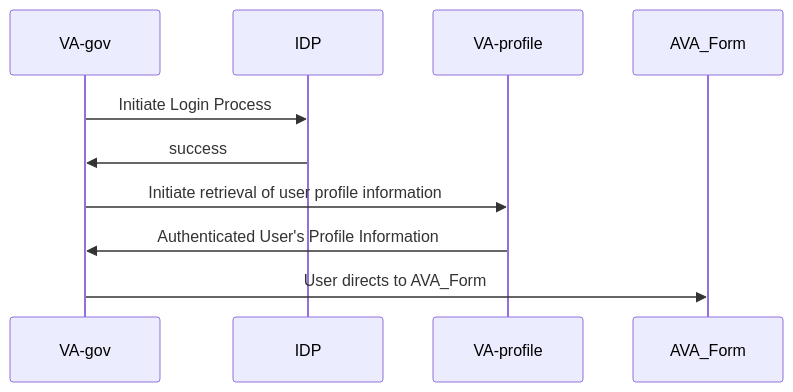
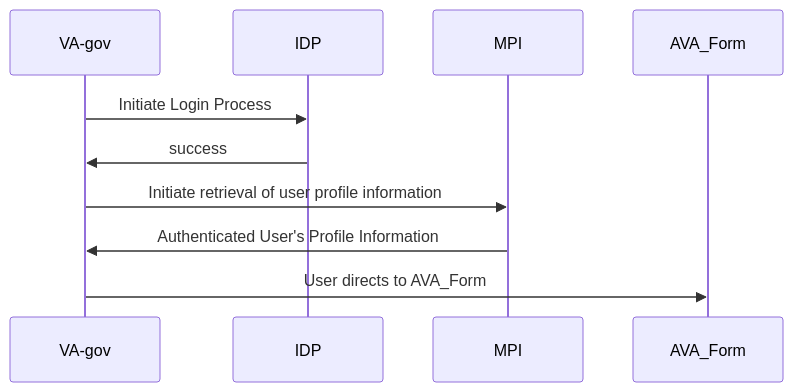
Before and after one commit to department-of-veterans-affairs/va.gov-team: the fourth of 5 diagrams in products/ask-va/integration/va_profile/profile_processes.md, drawn with Mermaid.

````diff
--- a/products/ask-va/integration/va_profile/profile_processes.md
+++ b/products/ask-va/integration/va_profile/profile_processes.md
@@ -106,8 +106,8 @@
 ```mermaid
 sequenceDiagram
     VA-gov->>IDP: Initiate Login Process
     IDP->>VA-gov: success
-    VA-gov->>VA-profile: Initiate retrieval of user profile information
-    VA-profile->>VA-gov: Authenticated User's Profile Information
+    VA-gov->>MPI: Initiate retrieval of user profile information
+    MPI->>VA-gov: Authenticated User's Profile Information
     VA-gov->>AVA_Form: User directs to AVA_Form
 ```
````
